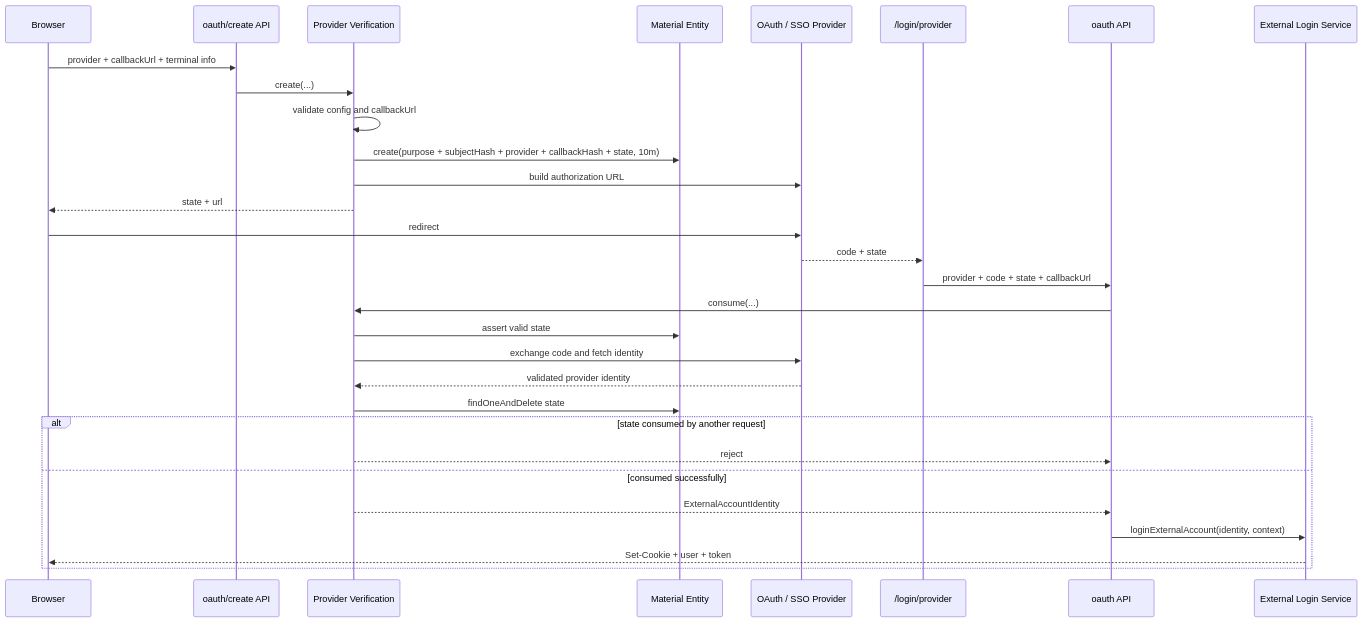
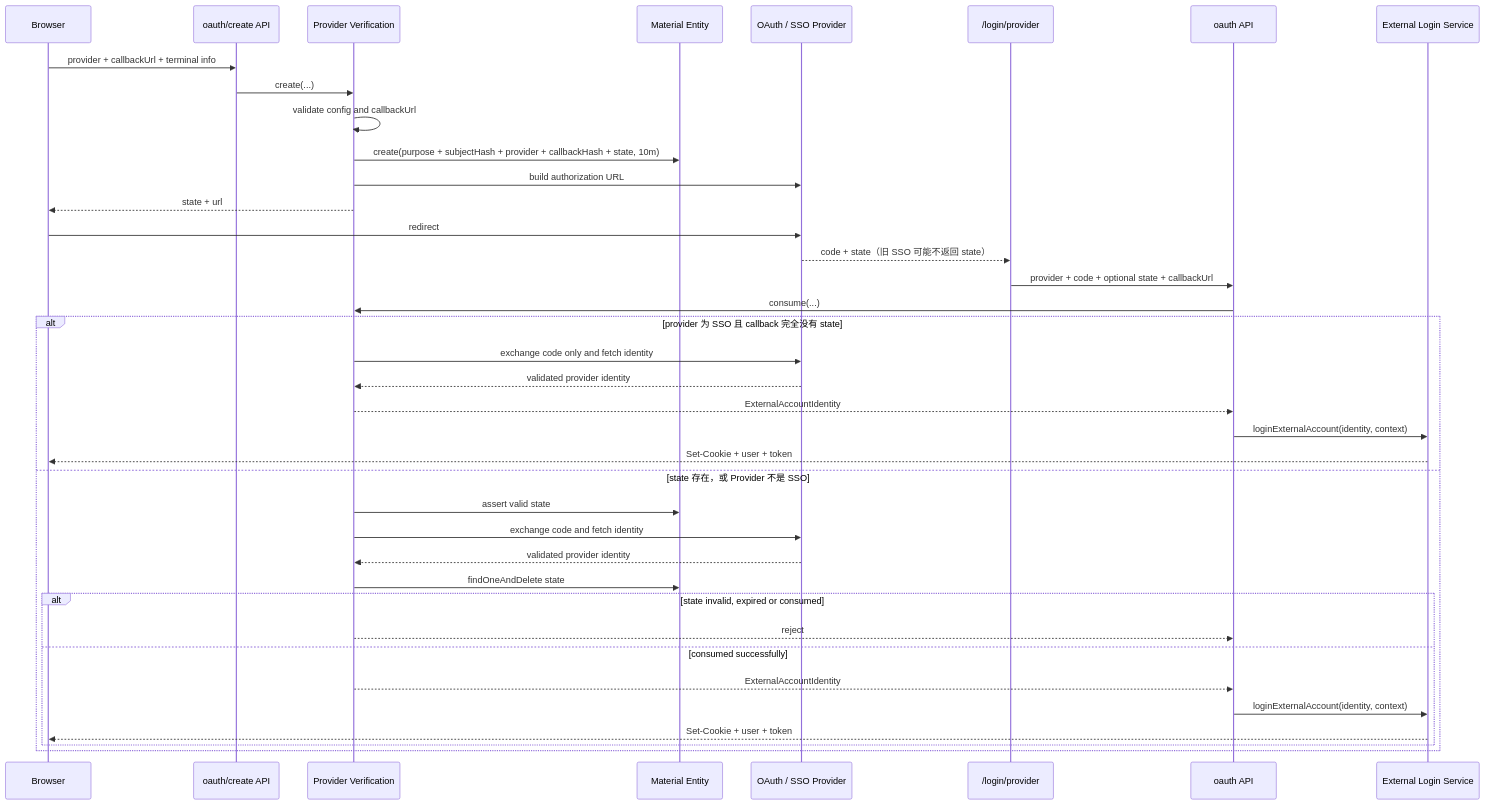
One commit to labring/FastGPT changed the eighth of 11 diagrams in .agents/design/account-verification/account- verification.md. Above: the diagram before and after it, drawn with Mermaid. The commit also changed other lines of this file and 10 other files, not shown here.

````diff
--- a/.agents/design/account-verification/account- verification.md
+++ b/.agents/design/account-verification/account- verification.md
@@ -800,33 +805,41 @@
 ```mermaid
 sequenceDiagram
   participant Browser
   participant CreateAPI as oauth/create API
   participant Verify as Provider Verification
   participant Material as Material Entity
   participant IdP as OAuth / SSO Provider
   participant Callback as /login/provider
   participant ConsumeAPI as oauth API
   participant Login as External Login Service
 
   Browser->>CreateAPI: provider + callbackUrl + terminal info
   CreateAPI->>Verify: create(...)
   Verify->>Verify: validate config and callbackUrl
   Verify->>Material: create(purpose + subjectHash + provider + callbackHash + state, 10m)
   Verify->>IdP: build authorization URL
   Verify-->>Browser: state + url
   Browser->>IdP: redirect
-  IdP-->>Callback: code + state
-  Callback->>ConsumeAPI: provider + code + state + callbackUrl
+  IdP-->>Callback: code + state（旧 SSO 可能不返回 state）
+  Callback->>ConsumeAPI: provider + code + optional state + callbackUrl
   ConsumeAPI->>Verify: consume(...)
-  Verify->>Material: assert valid state
-  Verify->>IdP: exchange code and fetch identity
-  IdP-->>Verify: validated provider identity
-  Verify->>Material: findOneAndDelete state
-  alt state consumed by another request
-    Verify-->>ConsumeAPI: reject
-  else consumed successfully
+  alt provider 为 SSO 且 callback 完全没有 state
+    Verify->>IdP: exchange code only and fetch identity
+    IdP-->>Verify: validated provider identity
     Verify-->>ConsumeAPI: ExternalAccountIdentity
     ConsumeAPI->>Login: loginExternalAccount(identity, context)
     Login-->>Browser: Set-Cookie + user + token
+  else state 存在，或 Provider 不是 SSO
+    Verify->>Material: assert valid state
+    Verify->>IdP: exchange code and fetch identity
+    IdP-->>Verify: validated provider identity
+    Verify->>Material: findOneAndDelete state
+    alt state invalid, expired or consumed
+      Verify-->>ConsumeAPI: reject
+    else consumed successfully
+      Verify-->>ConsumeAPI: ExternalAccountIdentity
+      ConsumeAPI->>Login: loginExternalAccount(identity, context)
+      Login-->>Browser: Set-Cookie + user + token
+    end
   end
 ```
````
